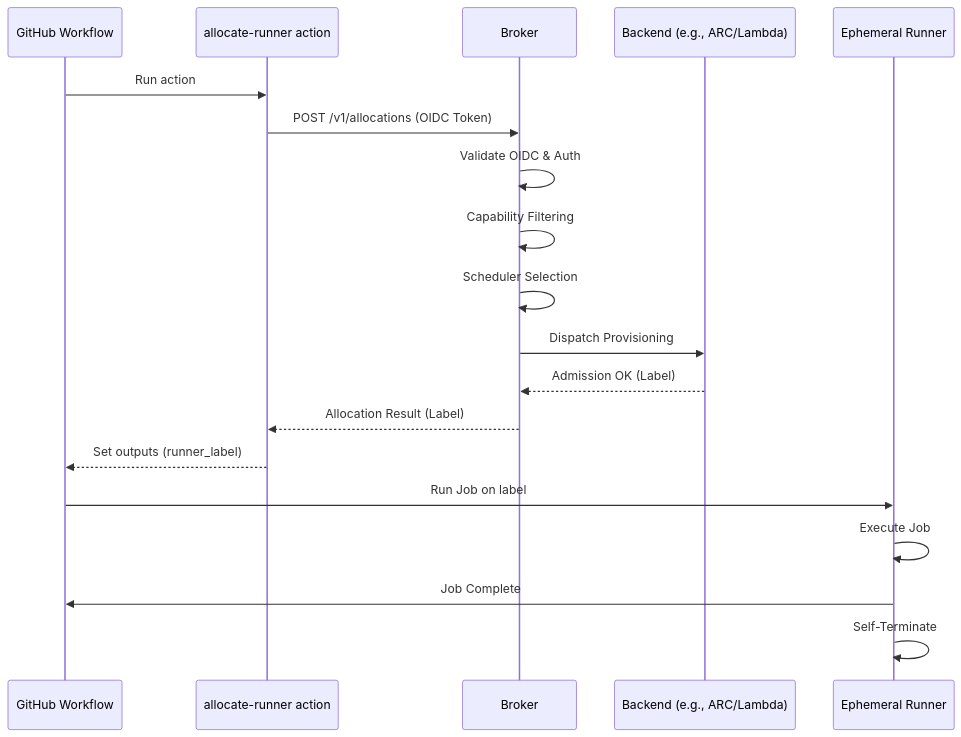
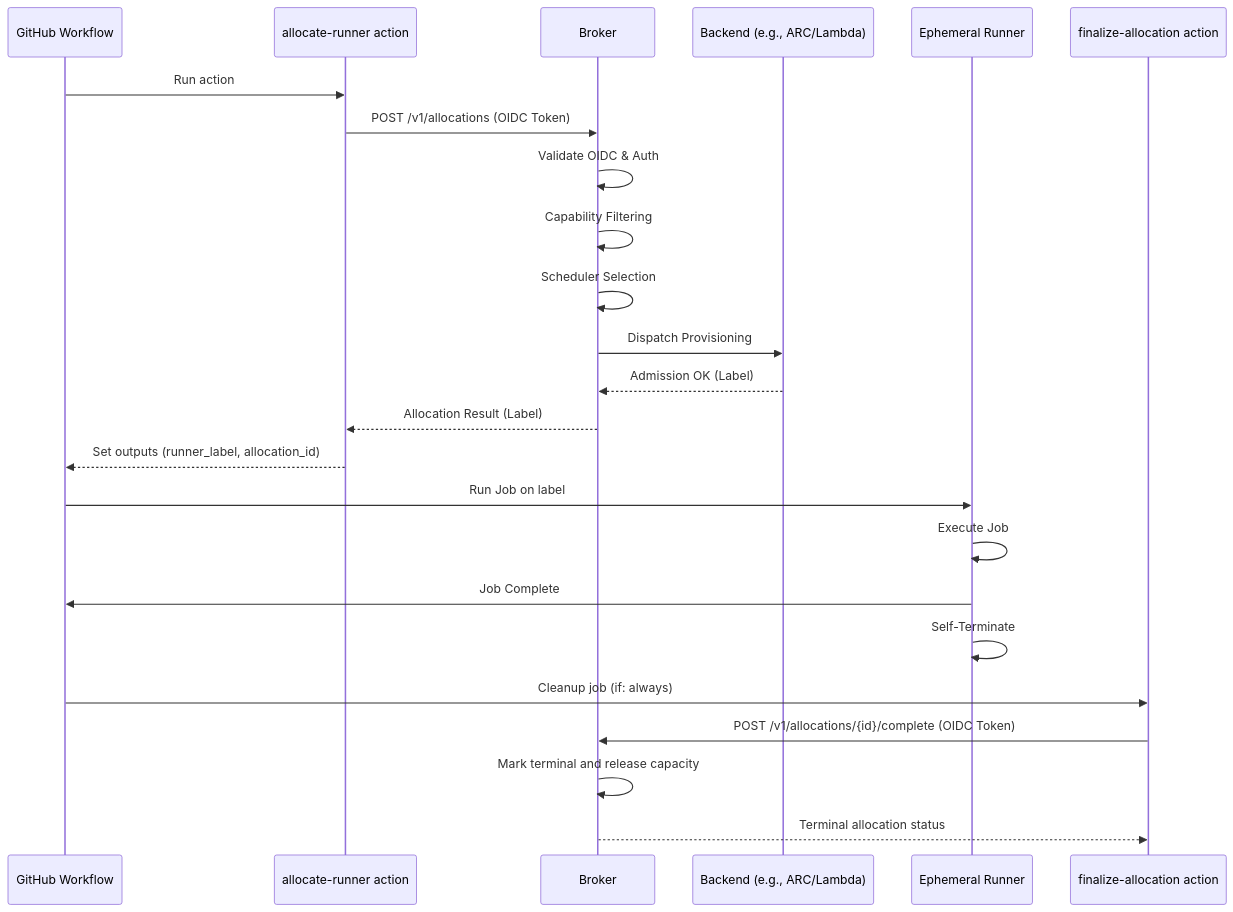
One commit to Josh-Archer/unified-ephemeral-runner-broker changed the second of 3 diagrams in README.md. Above: the diagram before and after it, drawn with Mermaid. The commit also changed other lines of this file and 7 other files, not shown here.

First line of the commit message:
feat: add finalize-allocation GitHub Action for lifecycle callbacks (#77)

````diff
--- a/README.md
+++ b/README.md
@@ -96,23 +99,29 @@
 ```mermaid
 sequenceDiagram
     participant GH as GitHub Workflow
     participant AR as allocate-runner action
     participant B as Broker
     participant BE as Backend (e.g., ARC/Lambda)
     participant R as Ephemeral Runner
+    participant FA as finalize-allocation action
 
     GH->>AR: Run action
     AR->>B: POST /v1/allocations (OIDC Token)
     B->>B: Validate OIDC & Auth
     B->>B: Capability Filtering
     B->>B: Scheduler Selection
     B->>BE: Dispatch Provisioning
     BE-->>B: Admission OK (Label)
     B-->>AR: Allocation Result (Label)
-    AR-->>GH: Set outputs (runner_label)
+    AR-->>GH: Set outputs (runner_label, allocation_id)
     
     GH->>R: Run Job on label
     R->>R: Execute Job
     R->>GH: Job Complete
     R->>R: Self-Terminate
+
+    GH->>FA: Cleanup job (if: always)
+    FA->>B: POST /v1/allocations/{id}/complete (OIDC Token)
+    B->>B: Mark terminal and release capacity
+    B-->>FA: Terminal allocation status
 ```
````
